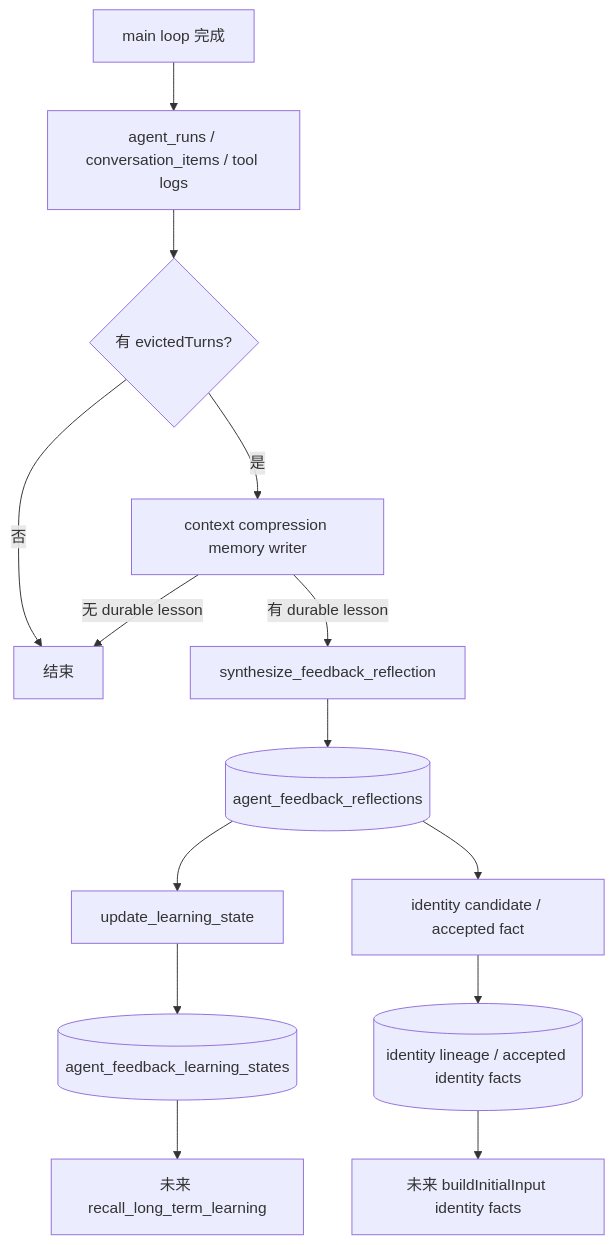
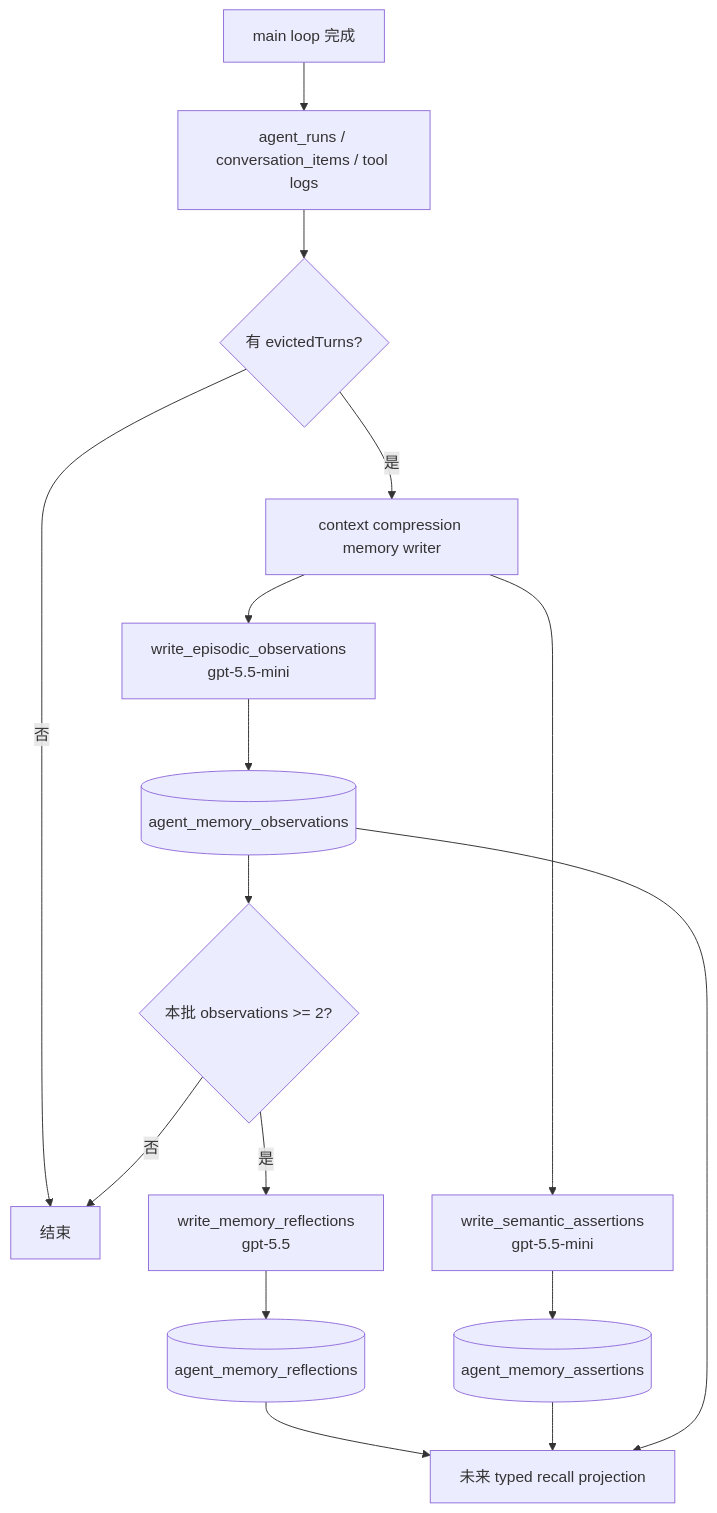
The eighth of 8 diagrams in docs/XIAONI_SPEAKING_FLOW.md (Hei-AI/xiaoni_cc), drawn with Mermaid before and after one commit. The commit also changed other lines of this file and 20 other files, not shown here.

````diff
--- a/docs/XIAONI_SPEAKING_FLOW.md
+++ b/docs/XIAONI_SPEAKING_FLOW.md
@@ -664,16 +653,18 @@
 ```mermaid
 flowchart TD
   A[main loop 完成] --> B[agent_runs / conversation_items / tool logs]
   B --> C{有 evictedTurns?}
   C -->|否| E[结束]
   C -->|是| D[context compression memory writer]
-  D -->|无 durable lesson| E
-  D -->|有 durable lesson| F[synthesize_feedback_reflection]
-  F --> G[(agent_feedback_reflections)]
-  G --> H[update_learning_state]
-  H --> I[(agent_feedback_learning_states)]
-  G --> J[identity candidate / accepted fact]
-  J --> K[(identity lineage / accepted identity facts)]
-  I --> L[未来 recall_long_term_learning]
-  K --> M[未来 buildInitialInput identity facts]
+  D --> F[write_episodic_observations<br/>gpt-5.5-mini]
+  D --> G[write_semantic_assertions<br/>gpt-5.5-mini]
+  F --> H[(agent_memory_observations)]
+  G --> I[(agent_memory_assertions)]
+  H --> J{本批 observations >= 2?}
+  J -->|是| K[write_memory_reflections<br/>gpt-5.5]
+  J -->|否| E
+  K --> L[(agent_memory_reflections)]
+  L --> M[未来 typed recall projection]
+  I --> M
+  H --> M
 ```
````
